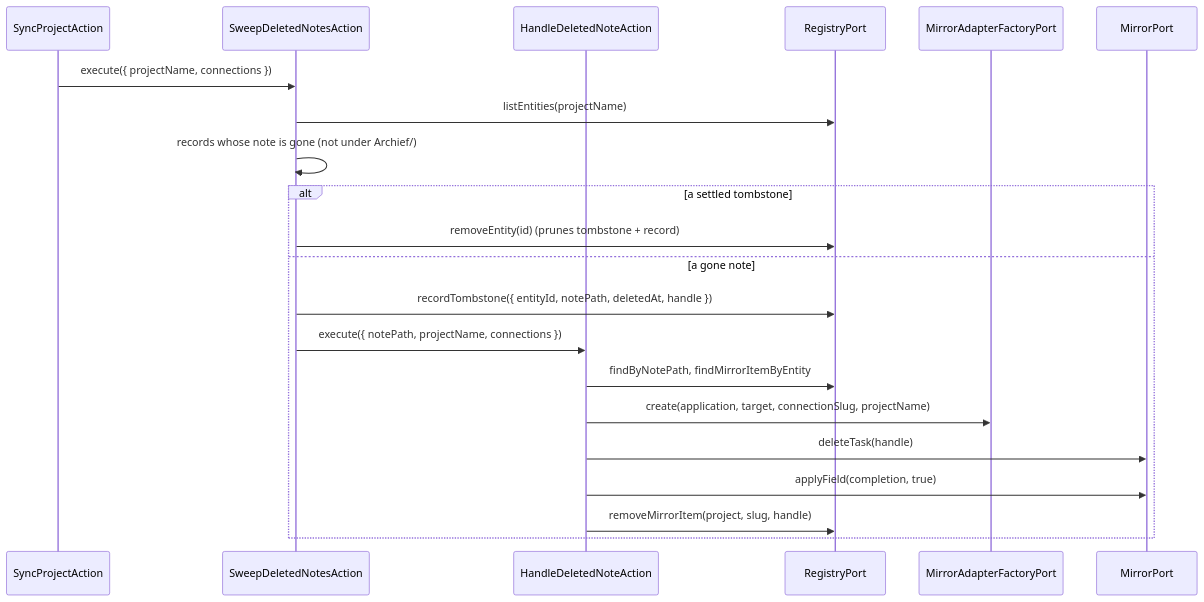
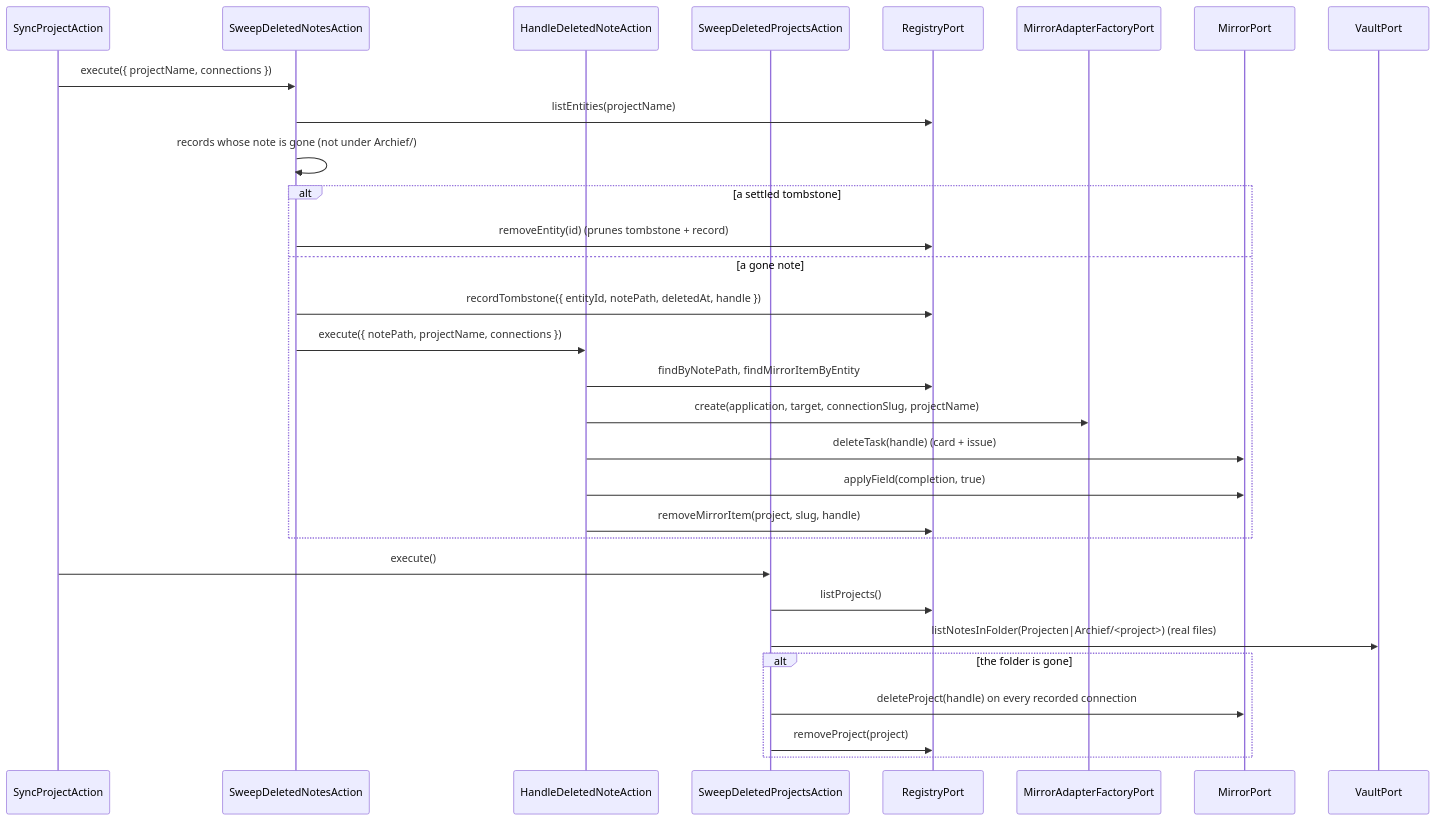
Before and after one commit to 99linesofcode/obsidian-project-management: diagram 15 of 16 in docs/developer-manual.md, drawn with Mermaid. The commit also changed other lines of this file and 11 other files, not shown here.

First line of the commit message:
fix(delete): the code host deletes the issue; a gone project is reached from the registry

````diff
--- a/docs/developer-manual.md
+++ b/docs/developer-manual.md
@@ -685,24 +695,33 @@
 ```mermaid
 sequenceDiagram
   participant SP as SyncProjectAction
   participant Sweep as SweepDeletedNotesAction
   participant HD as HandleDeletedNoteAction
+  participant SPj as SweepDeletedProjectsAction
   participant SS as RegistryPort
   participant F as MirrorAdapterFactoryPort
   participant R as MirrorPort
+  participant V as VaultPort
 
   SP->>Sweep: execute({ projectName, connections })
   Sweep->>SS: listEntities(projectName)
   Sweep->>Sweep: records whose note is gone (not under Archief/)
   alt a settled tombstone
     Sweep->>SS: removeEntity(id) (prunes tombstone + record)
   else a gone note
     Sweep->>SS: recordTombstone({ entityId, notePath, deletedAt, handle })
     Sweep->>HD: execute({ notePath, projectName, connections })
     HD->>SS: findByNotePath, findMirrorItemByEntity
     HD->>F: create(application, target, connectionSlug, projectName)
-    HD->>R: deleteTask(handle)
+    HD->>R: deleteTask(handle) (card + issue)
     HD->>R: applyField(completion, true)
     HD->>SS: removeMirrorItem(project, slug, handle)
   end
+  SP->>SPj: execute()
+  SPj->>SS: listProjects()
+  SPj->>V: listNotesInFolder(Projecten|Archief/<project>) (real files)
+  alt the folder is gone
+    SPj->>R: deleteProject(handle) on every recorded connection
+    SPj->>SS: removeProject(project)
+  end
 ```
````
